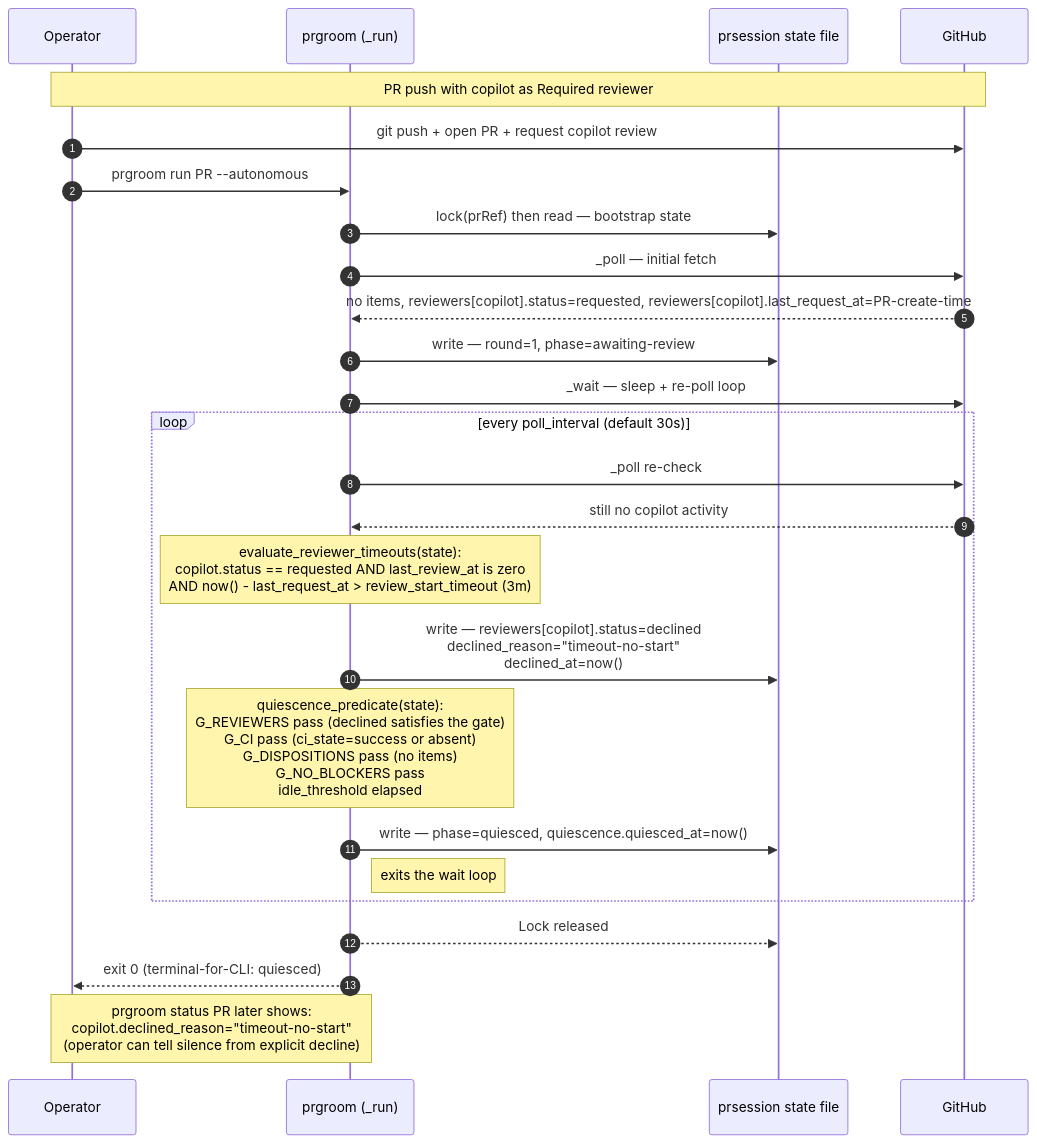
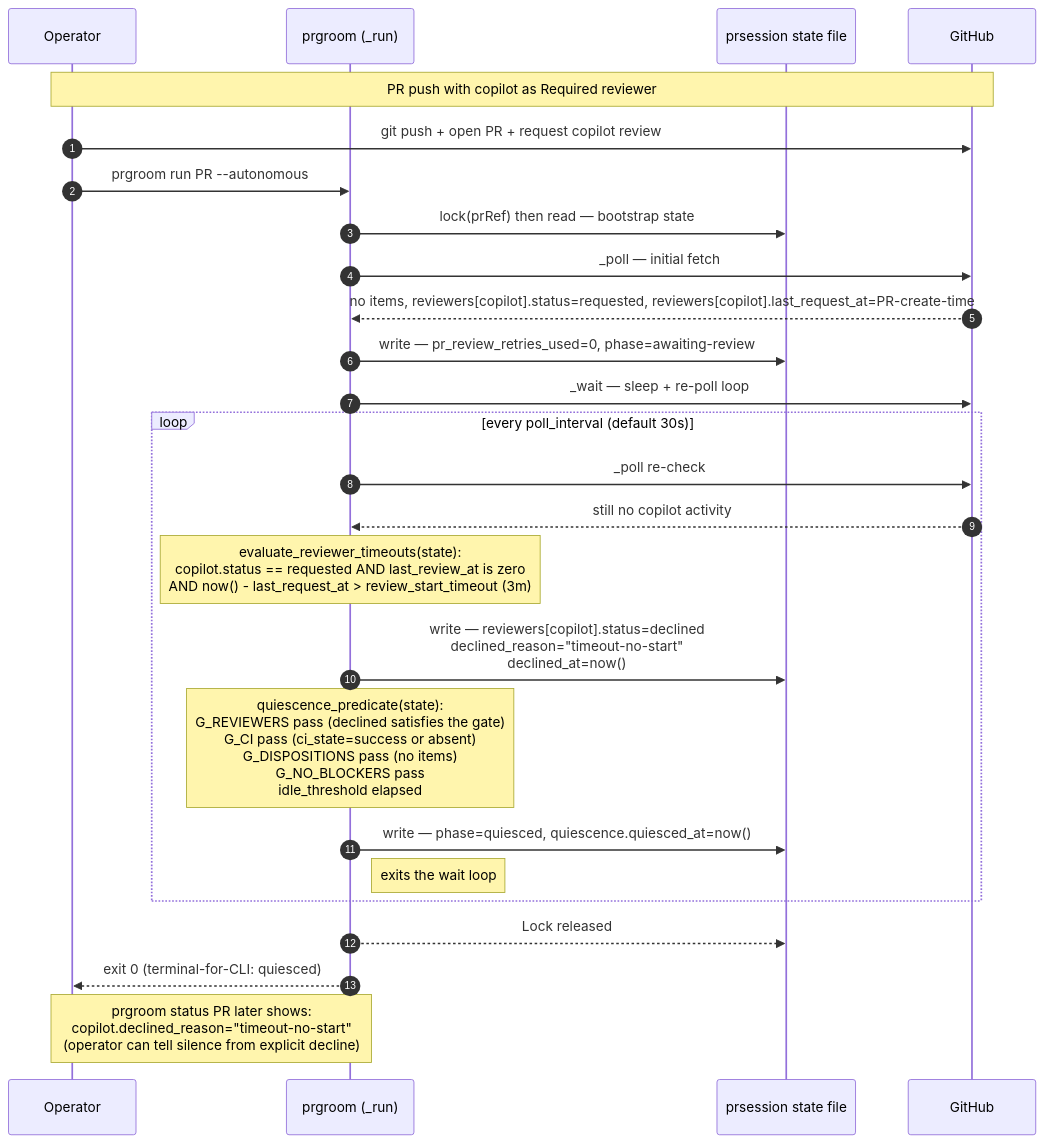
One commit to scotthamilton77/agents-config changed the second of 4 diagrams in docs/architecture/prgroom/sequences.md. Above: the diagram before and after it, drawn with Mermaid. The commit also changed other lines of this file and 13 other files, not shown here.

````diff
--- a/docs/architecture/prgroom/sequences.md
+++ b/docs/architecture/prgroom/sequences.md
@@ -119,33 +122,33 @@
 ```mermaid
 sequenceDiagram
     autonumber
     participant Op as Operator
     participant PG as prgroom (_run)
     participant State as prsession state file
     participant GH as GitHub
 
     Note over Op,GH: PR push with copilot as Required reviewer
     Op->>GH: git push + open PR + request copilot review
     Op->>PG: prgroom run PR --autonomous
 
     PG->>State: lock(prRef) then read — bootstrap state
     PG->>GH: _poll — initial fetch
     GH-->>PG: no items, reviewers[copilot].status=requested, reviewers[copilot].last_request_at=PR-create-time
-    PG->>State: write — round=1, phase=awaiting-review
+    PG->>State: write — pr_review_retries_used=0, phase=awaiting-review
 
     PG->>GH: _wait — sleep + re-poll loop
     loop every poll_interval (default 30s)
         PG->>GH: _poll re-check
         GH-->>PG: still no copilot activity
         Note over PG: evaluate_reviewer_timeouts(state):<br/>copilot.status == requested AND last_review_at is zero<br/>AND now() - last_request_at > review_start_timeout (3m)
         PG->>State: write — reviewers[copilot].status=declined<br/>declined_reason="timeout-no-start"<br/>declined_at=now()
         Note over PG: quiescence_predicate(state):<br/>G_REVIEWERS pass (declined satisfies the gate)<br/>G_CI pass (ci_state=success or absent)<br/>G_DISPOSITIONS pass (no items)<br/>G_NO_BLOCKERS pass<br/>idle_threshold elapsed
         PG->>State: write — phase=quiesced, quiescence.quiesced_at=now()
         Note right of PG: exits the wait loop
     end
 
     PG-->>State: Lock released
     PG-->>Op: exit 0 (terminal-for-CLI: quiesced)
 
     Note over Op,PG: prgroom status PR later shows:<br/>copilot.declined_reason="timeout-no-start"<br/>(operator can tell silence from explicit decline)
 ```
````
